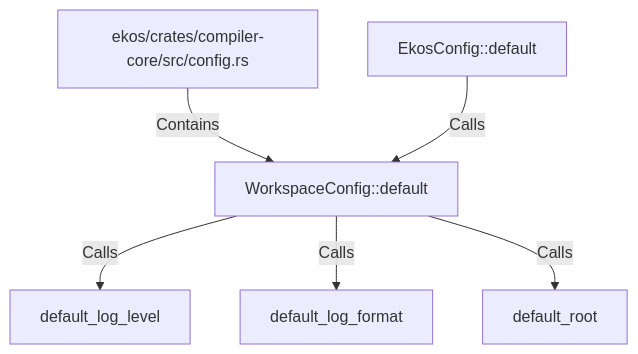
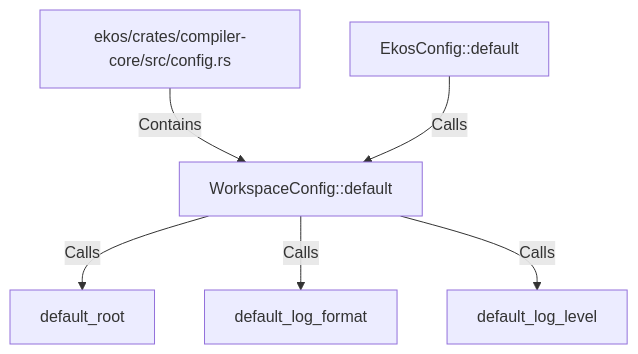
The diagram in doc/entities/rustsymbol/wo/workspaceconfig-default.md (alexeyban/EKOS), drawn with Mermaid before and after one commit. The commit also changed other lines of this file and 552 other files, not shown here.

````diff
--- a/doc/entities/rustsymbol/wo/workspaceconfig-default.md
+++ b/doc/entities/rustsymbol/wo/workspaceconfig-default.md
@@ -24,14 +24,14 @@
 ```mermaid
 graph TD
     n86487b2d47d65105807b404b12767a95["WorkspaceConfig::default"]
     nd0747f3425e1542680eba54fffcac598["ekos/crates/compiler-core/src/config.rs"]
     nd0747f3425e1542680eba54fffcac598 -->|Contains| n86487b2d47d65105807b404b12767a95
+    n7b4baf1da71f5879b16260a8f58bb004["default_root"]
+    n86487b2d47d65105807b404b12767a95 -->|Calls| n7b4baf1da71f5879b16260a8f58bb004
+    n08ad7fde95bd5d738bc48cb5a70b8fd9["default_log_format"]
+    n86487b2d47d65105807b404b12767a95 -->|Calls| n08ad7fde95bd5d738bc48cb5a70b8fd9
     n09665155ef9e5259b3798452b328264d["default_log_level"]
     n86487b2d47d65105807b404b12767a95 -->|Calls| n09665155ef9e5259b3798452b328264d
-    n08ad7fde95bd5d738bc48cb5a70b8fd9["default_log_format"]
-    n86487b2d47d65105807b404b12767a95 -->|Calls| n08ad7fde95bd5d738bc48cb5a70b8fd9
-    n7b4baf1da71f5879b16260a8f58bb004["default_root"]
-    n86487b2d47d65105807b404b12767a95 -->|Calls| n7b4baf1da71f5879b16260a8f58bb004
     n96f3be9497615db0b99a0c705c9c55d0["EkosConfig::default"]
     n96f3be9497615db0b99a0c705c9c55d0 -->|Calls| n86487b2d47d65105807b404b12767a95
 ```
````
